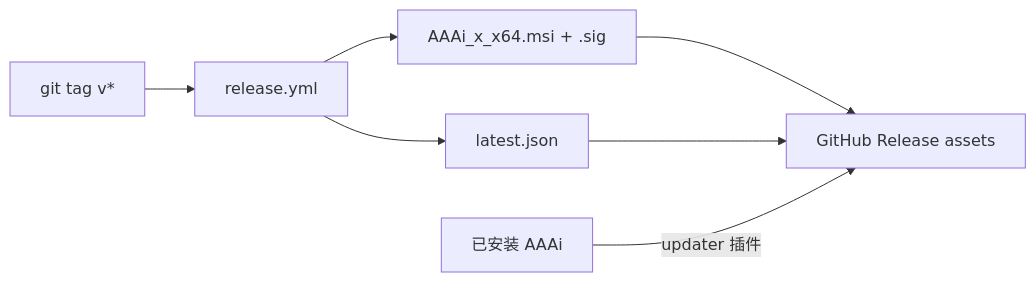
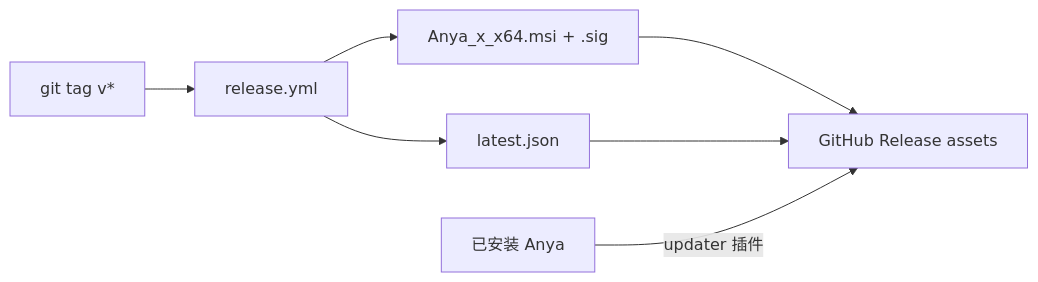
Before and after one commit to rururunu/AAAi: diagram 11 of 11 in docs/architecture-overview.zh-CN.md, drawn with Mermaid. The commit also changed other lines of this file and 153 other files, not shown here.

Commit message:
feat: Anya 品牌化、自定义厂商预设与聊天/存储优化 - 产品更名 Anya（图标、文档、发版产物与 eval 二进制） - 自定义提供商：MiMo / 智谱 GLM / 火山方舟 / MiniMax / Kimi 预设与图标；OpenAI /v1/models 拉模型；设置页与引导页对齐 - 会话 SQLite：索引、journal 批量写入、大 JSON 截断、按会话懒加载，降低写放大 - 思考过程续轮/折叠与工作时间线体验优化；输入区附件/文件树与提及相关改进 - 清理未使用 API，消除 dead_code 编译告警

````diff
--- a/docs/architecture-overview.zh-CN.md
+++ b/docs/architecture-overview.zh-CN.md
@@ -463,9 +463,9 @@
 ```mermaid
 flowchart LR
   Tag[git tag v*] --> CI[release.yml]
-  CI --> MSI[AAAi_x_x64.msi + .sig]
+  CI --> MSI[Anya_x_x64.msi + .sig]
   CI --> LJ[latest.json]
   MSI --> GH[GitHub Release assets]
   LJ --> GH
-  App[已安装 AAAi] -->|updater 插件| GH
+  App[已安装 Anya] -->|updater 插件| GH
 ```
````
